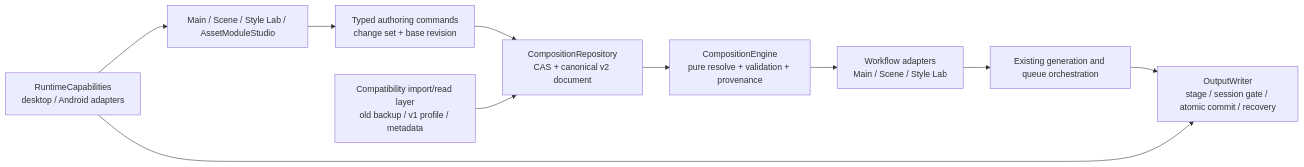
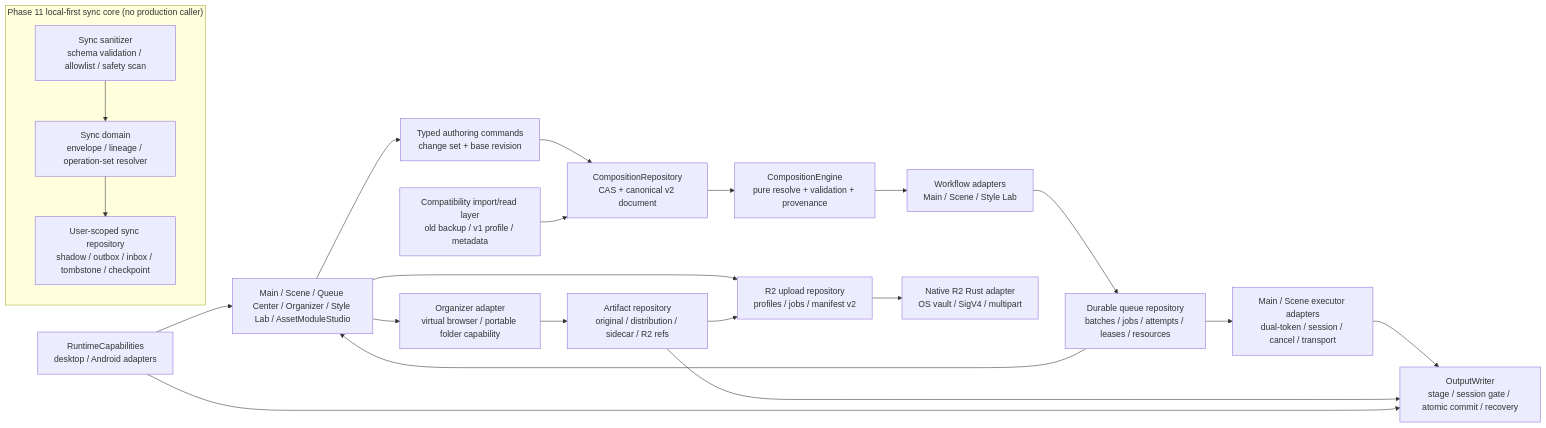
One commit to JaCha00/nais_blue changed the diagram in docs/composition-v2/ARCHITECTURE.md. Above: the diagram before and after it, drawn with Mermaid. The commit also changed other lines of this file and 223 other files, not shown here.

````diff
--- a/docs/composition-v2/ARCHITECTURE.md
+++ b/docs/composition-v2/ARCHITECTURE.md
@@ -5,18 +5,36 @@
 ```mermaid
 flowchart LR
-    GUI["Main / Scene / Style Lab / AssetModuleStudio"]
+    GUI["Main / Scene / Queue Center / Organizer / Style Lab / AssetModuleStudio"]
     CMD["Typed authoring commands\nchange set + base revision"]
     REPO["CompositionRepository\nCAS + canonical v2 document"]
     ENGINE["CompositionEngine\npure resolve + validation + provenance"]
     ADAPTER["Workflow adapters\nMain / Scene / Style Lab"]
-    ORCH["Existing generation and queue orchestration"]
+    QUEUE["Durable queue repository\nbatches / jobs / attempts / leases / resources"]
+    EXEC["Main / Scene executor adapters\ndual-token / session / cancel / transport"]
+    R2Q["R2 upload repository\nprofiles / jobs / manifest v2"]
+    R2N["Native R2 Rust adapter\nOS vault / SigV4 / multipart"]
+    ART["Artifact repository\noriginal / distribution / sidecar / R2 refs"]
+    ORG["Organizer adapter\nvirtual browser / portable folder capability"]
     OUT["OutputWriter\nstage / session gate / atomic commit / recovery"]
     CAP["RuntimeCapabilities\ndesktop / Android adapters"]
     LEGACY["Compatibility import/read layer\nold backup / v1 profile / metadata"]
 
+    subgraph SYNCLOCAL["Phase 11 local-first sync core (no production caller)"]
+        SSAN["Sync sanitizer\nschema validation / allowlist / safety scan"]
+        SDOM["Sync domain\nenvelope / lineage / operation-set resolver"]
+        SDB["User-scoped sync repository\nshadow / outbox / inbox / tombstone / checkpoint"]
+        SSAN --> SDOM --> SDB
+    end
+
     GUI --> CMD --> REPO
-    REPO --> ENGINE --> ADAPTER --> ORCH --> OUT
+    REPO --> ENGINE --> ADAPTER
+    ADAPTER --> QUEUE --> EXEC --> OUT
+    GUI --> R2Q --> R2N
+    GUI --> ORG --> ART
+    ART --> OUT
+    ART --> R2Q
+    QUEUE --> GUI
     CAP --> GUI
     CAP --> OUT
     LEGACY --> REPO
 ```
````
